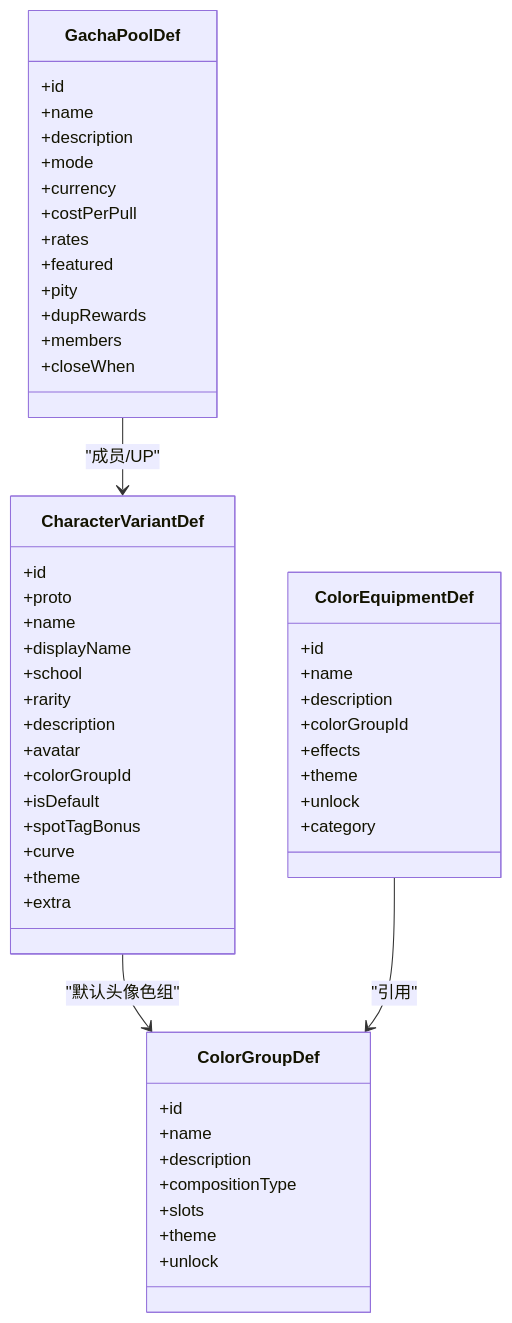
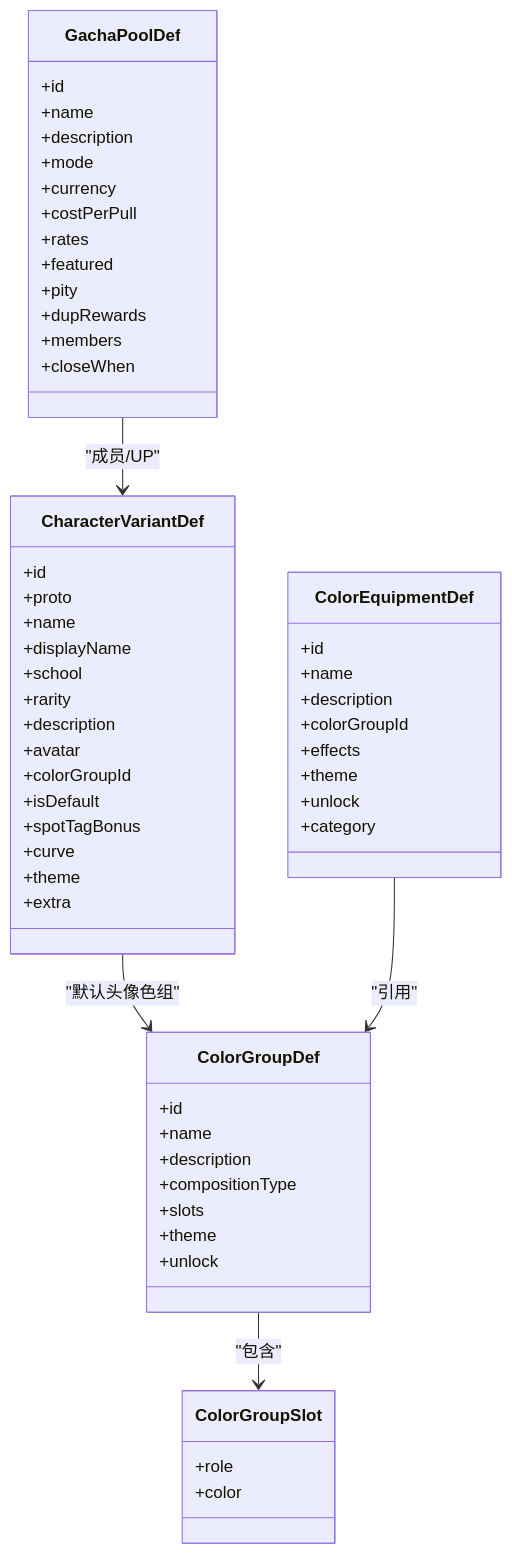
Before and after one commit to EsiLA9/Arona-Clicker: the seventh of 8 diagrams in .qoder/repowiki/zh/content/数据系统/类型系统.md, drawn with Mermaid. The commit also changed other lines of this file and 76 other files, not shown here.

````diff
--- a/.qoder/repowiki/zh/content/数据系统/类型系统.md
+++ b/.qoder/repowiki/zh/content/数据系统/类型系统.md
@@ -344,55 +478,60 @@
 ```mermaid
 classDiagram
 class CharacterVariantDef {
 +id
 +proto
 +name
 +displayName
 +school
 +rarity
 +description
 +avatar
 +colorGroupId
 +isDefault
 +spotTagBonus
 +curve
 +theme
 +extra
 }
 class ColorGroupDef {
 +id
 +name
 +description
 +compositionType
 +slots
 +theme
 +unlock
 }
 class ColorEquipmentDef {
 +id
 +name
 +description
 +colorGroupId
 +effects
 +theme
 +unlock
 +category
 }
 class GachaPoolDef {
 +id
 +name
 +description
 +mode
 +currency
 +costPerPull
 +rates
 +featured
 +pity
 +dupRewards
 +members
 +closeWhen
 }
+class ColorGroupSlot {
++role
++color
+}
 CharacterVariantDef --> ColorGroupDef : "默认头像色组"
 ColorEquipmentDef --> ColorGroupDef : "引用"
+ColorGroupDef --> ColorGroupSlot : "包含"
 GachaPoolDef --> CharacterVariantDef : "成员/UP"
 ```
````
